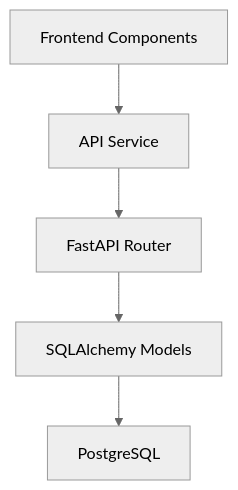
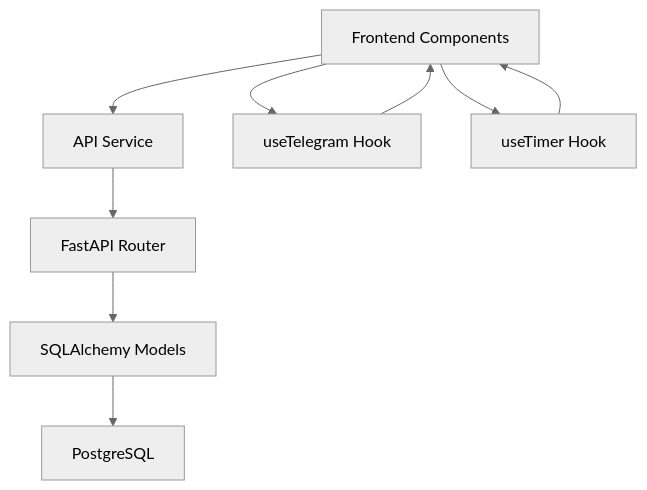
One commit to nilsnavi/fit_trackerpro changed the eighth of 8 diagrams in .qoder/repowiki/en/content/Feature Implementation/Emergency Mode & Safety Features.md. Above: the diagram before and after it, drawn with Mermaid (neutral theme). The commit also changed other lines of this file and 19 other files, not shown here.

````diff
--- a/.qoder/repowiki/en/content/Feature Implementation/Emergency Mode & Safety Features.md
+++ b/.qoder/repowiki/en/content/Feature Implementation/Emergency Mode & Safety Features.md
@@ -344,12 +471,18 @@
 ```mermaid
 graph TB
 Frontend["Frontend Components"]
 API["API Service"]
+Telegram["useTelegram Hook"]
+Timer["useTimer Hook"]
 Backend["FastAPI Router"]
 Models["SQLAlchemy Models"]
 DB["PostgreSQL"]
 Frontend --> API
+Frontend --> Telegram
+Frontend --> Timer
 API --> Backend
 Backend --> Models
 Models --> DB
+Telegram --> Frontend
+Timer --> Frontend
 ```
````
